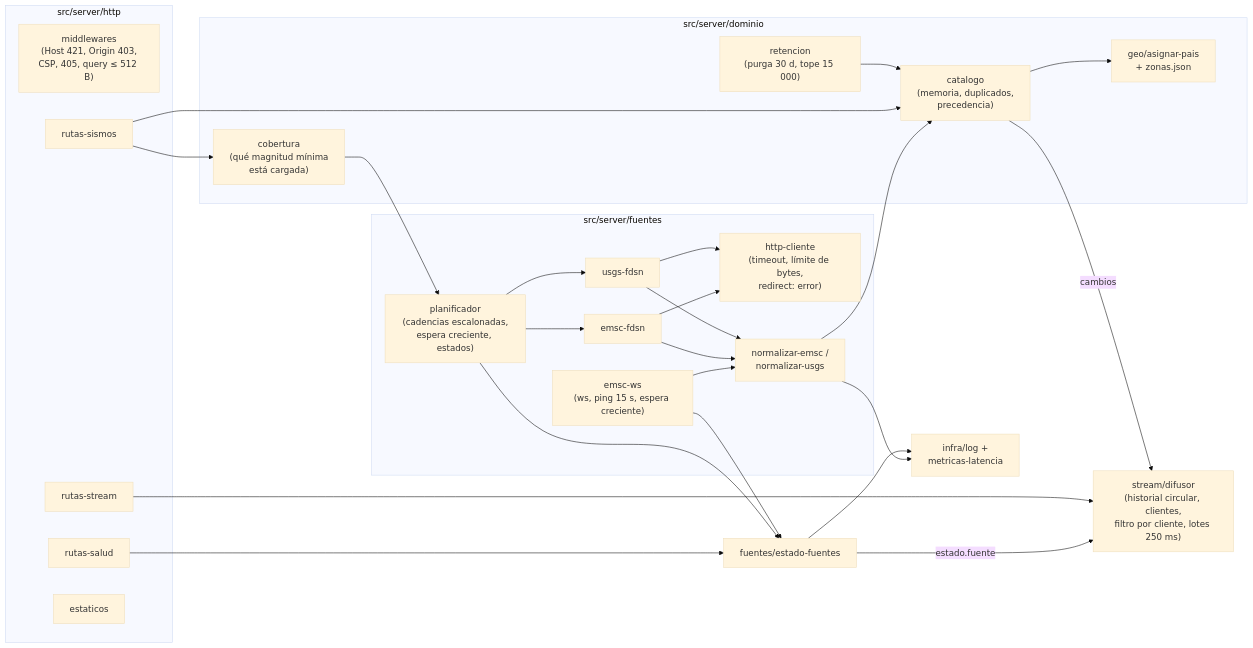
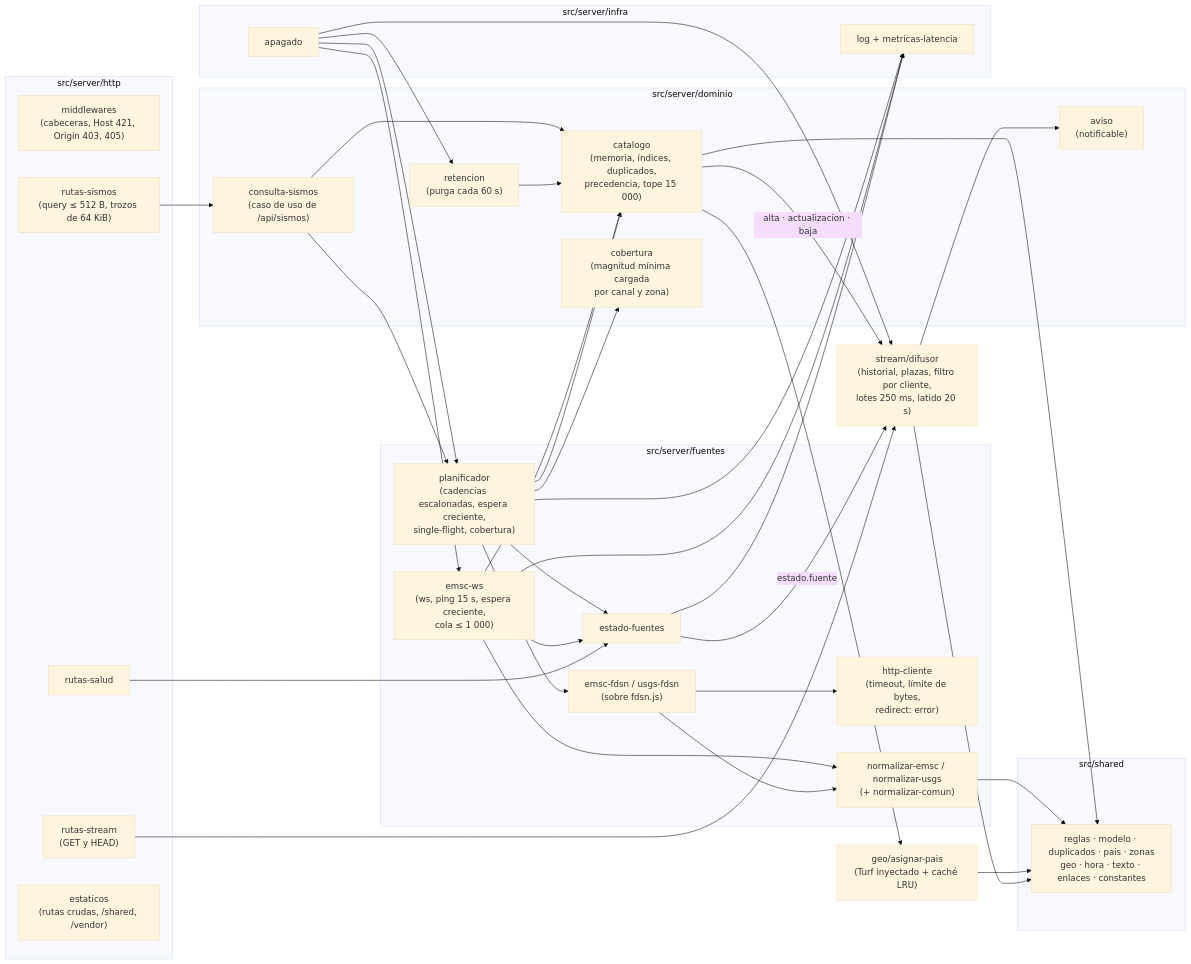
One commit to wpadillav/monitor_riesgos_naturales changed the third of 6 diagrams in docs/01-arquitectura.md. Above: the diagram before and after it, drawn with Mermaid (base theme). The commit also changed other lines of this file, not shown here.

First line of the commit message:
docs(arquitectura): versión 1.0 alineada con el código de la entrega 1 (04bb0c8)

````diff
--- a/docs/01-arquitectura.md
+++ b/docs/01-arquitectura.md
@@ -117,49 +128,65 @@
 ```mermaid
 flowchart LR
   subgraph fuentes["src/server/fuentes"]
-    WS["emsc-ws<br/>(ws, ping 15 s, espera creciente)"]
-    EF["emsc-fdsn"]
-    US["usgs-fdsn"]
-    PL["planificador<br/>(cadencias escalonadas,<br/>espera creciente, estados)"]
+    WS["emsc-ws<br/>(ws, ping 15 s, espera creciente,<br/>cola ≤ 1 000)"]
+    EF["emsc-fdsn / usgs-fdsn<br/>(sobre fdsn.js)"]
+    PL["planificador<br/>(cadencias escalonadas, espera creciente,<br/>single-flight, cobertura)"]
     HC["http-cliente<br/>(timeout, límite de bytes,<br/>redirect: error)"]
-    NE["normalizar-emsc /<br/>normalizar-usgs"]
+    NE["normalizar-emsc / normalizar-usgs<br/>(+ normalizar-comun)"]
+    EFU["estado-fuentes"]
     EF --> HC
-    US --> HC
     PL --> EF
-    PL --> US
   end
   subgraph dominio["src/server/dominio"]
-    CAT["catalogo<br/>(memoria, duplicados,<br/>precedencia)"]
-    COB["cobertura<br/>(qué magnitud mínima<br/>está cargada)"]
-    RET["retencion<br/>(purga 30 d, tope 15 000)"]
-    GEO["geo/asignar-pais<br/>+ zonas.json"]
+    CAT["catalogo<br/>(memoria, índices, duplicados,<br/>precedencia, tope 15 000)"]
+    COB["cobertura<br/>(magnitud mínima cargada<br/>por canal y zona)"]
+    RET["retencion<br/>(purga cada 60 s)"]
+    CON["consulta-sismos<br/>(caso de uso de /api/sismos)"]
+    AV["aviso<br/>(notificable)"]
   end
+  GEO["geo/asignar-pais<br/>(Turf inyectado + caché LRU)"]
   subgraph http["src/server/http"]
-    MW["middlewares<br/>(Host 421, Origin 403,<br/>CSP, 405, query ≤ 512 B)"]
-    RS["rutas-sismos"]
-    RT["rutas-stream"]
+    MW["middlewares<br/>(cabeceras, Host 421, Origin 403, 405)"]
+    RS["rutas-sismos<br/>(query ≤ 512 B, trozos de 64 KiB)"]
+    RT["rutas-stream<br/>(GET y HEAD)"]
     RH["rutas-salud"]
-    EST["estaticos"]
+    EST["estaticos<br/>(rutas crudas, /shared, /vendor)"]
   end
-  DIF["stream/difusor<br/>(historial circular, clientes,<br/>filtro por cliente, lotes 250 ms)"]
-  EFU["fuentes/estado-fuentes"]
-  LOG["infra/log +<br/>metricas-latencia"]
+  DIF["stream/difusor<br/>(historial, plazas, filtro por cliente,<br/>lotes 250 ms, latido 20 s)"]
+  subgraph infra["src/server/infra"]
+    LOG["log + metricas-latencia"]
+    APA["apagado"]
+  end
+  subgraph shared["src/shared"]
+    SH["reglas · modelo · duplicados · pais · zonas<br/>geo · hora · texto · enlaces · constantes"]
+  end
 
   WS --> NE
   EF --> NE
-  US --> NE
-  NE --> CAT
+  NE --> SH
+  WS --> CAT
+  PL --> CAT
+  PL --> COB
   CAT --> GEO
-  CAT -- "cambios" --> DIF
+  GEO --> SH
+  CAT --> SH
+  CAT -- "alta · actualizacion · baja" --> DIF
+  DIF --> AV
+  DIF --> SH
   PL --> EFU
   WS --> EFU
   EFU -- "estado.fuente" --> DIF
-  RS --> COB
-  COB --> PL
-  RS --> CAT
+  RS --> CON
+  CON --> PL
+  CON --> CAT
   RT --> DIF
   RH --> EFU
   RET --> CAT
-  NE --> LOG
+  PL --> LOG
+  WS --> LOG
   EFU --> LOG
+  APA --> WS
+  APA --> PL
+  APA --> RET
+  APA --> DIF
 ```
````
